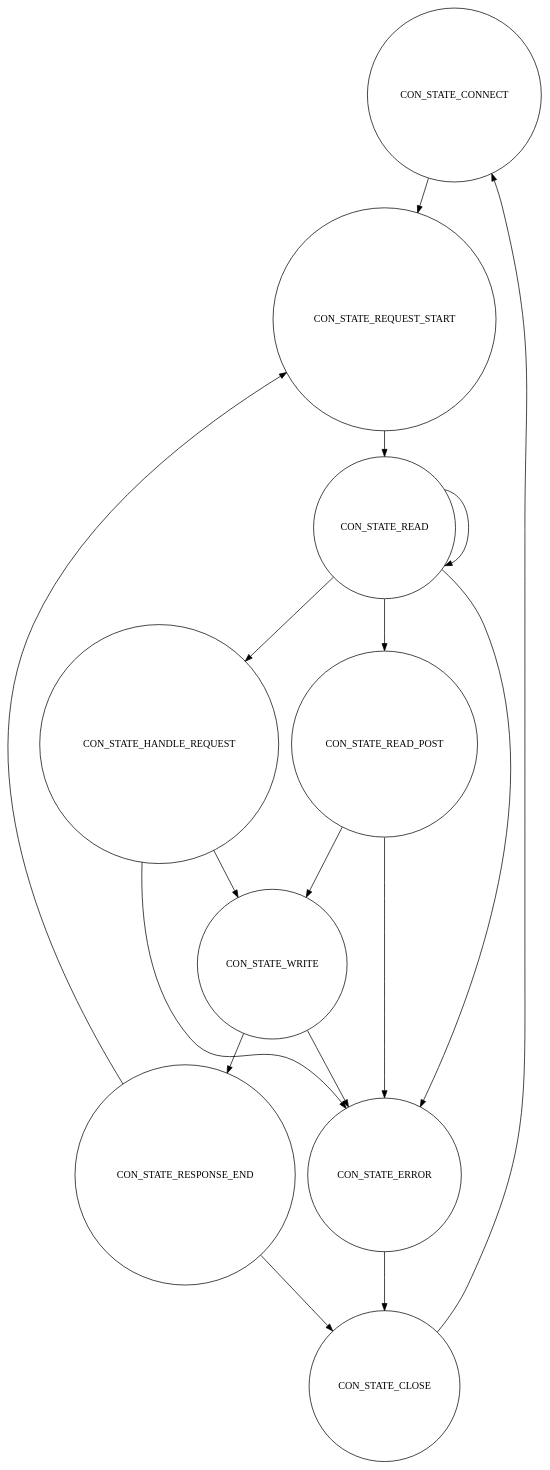
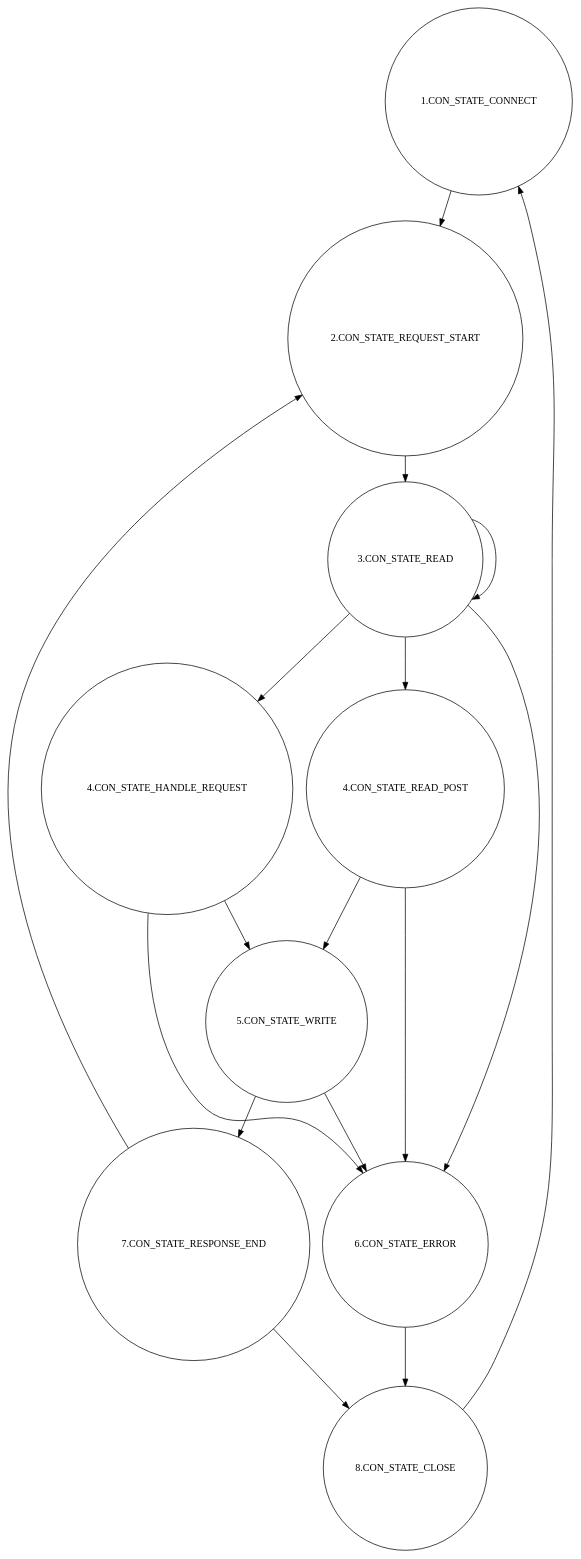
The diagram in state_model_and_corpus/Lighttpd_original.dot (LeoCanta42/BachelorThesisJob), drawn with Graphviz before and after one commit. The commit also changed 5 other files, not shown here.

```diff
--- a/state_model_and_corpus/Lighttpd_original.dot
+++ b/state_model_and_corpus/Lighttpd_original.dot
@@ -1,39 +1,39 @@
 digraph g {
 
-	c0 [shape="circle" label="CON_STATE_CONNECT"];
-	c1 [shape="circle" label="CON_STATE_REQUEST_START"];
-	c2 [shape="circle" label="CON_STATE_READ"];	
-	c3 [shape="circle" label="CON_STATE_HANDLE_REQUEST"];
-	c4 [shape="circle" label="CON_STATE_READ_POST"];
-	c5 [shape="circle" label="CON_STATE_WRITE"];
-	c6 [shape="circle" label="CON_STATE_ERROR"];
-	c7 [shape="circle" label="CON_STATE_RESPONSE_END"];
-	c8 [shape="circle" label="CON_STATE_CLOSE"];
+	c0 [shape="circle" label="1.CON_STATE_CONNECT"];
+	c1 [shape="circle" label="2.CON_STATE_REQUEST_START"];
+	c2 [shape="circle" label="3.CON_STATE_READ"];	
+	c3 [shape="circle" label="4.CON_STATE_HANDLE_REQUEST"];
+	c4 [shape="circle" label="4.CON_STATE_READ_POST"];
+	c5 [shape="circle" label="5.CON_STATE_WRITE"];
+	c6 [shape="circle" label="6.CON_STATE_ERROR"];
+	c7 [shape="circle" label="7.CON_STATE_RESPONSE_END"];
+	c8 [shape="circle" label="8.CON_STATE_CLOSE"];
 
 
 	c0 -> c1
 
 	c1 -> c2
 	c2 -> c2
 	
 	c2 -> c3
 	c2 -> c4
 	c2 -> c6
 
 	c3 -> c5
 	c4 -> c5
 	c3 -> c6
 	c4 -> c6
 
 	c5 -> c6
 	c5 -> c7
 
 	c6 -> c8
 	c7 -> c8
 	c7 -> c1
 
 	c8 -> c0
 	
 }
 
 //dot -Tsvg Lighttpd_original.dot > Lighttpd_original.png
```
